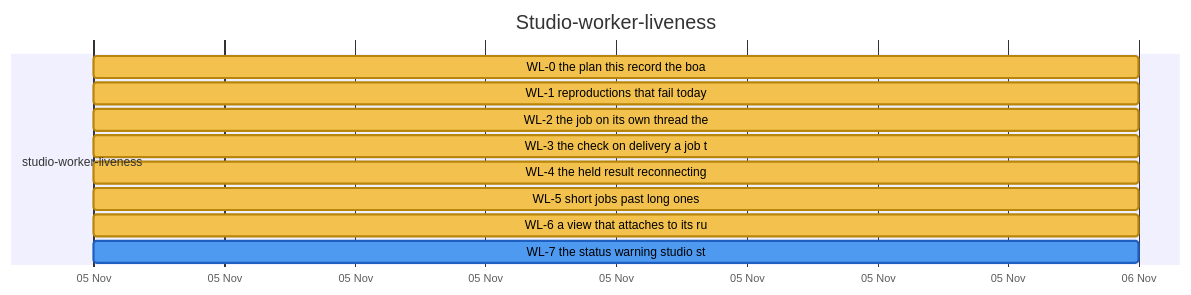
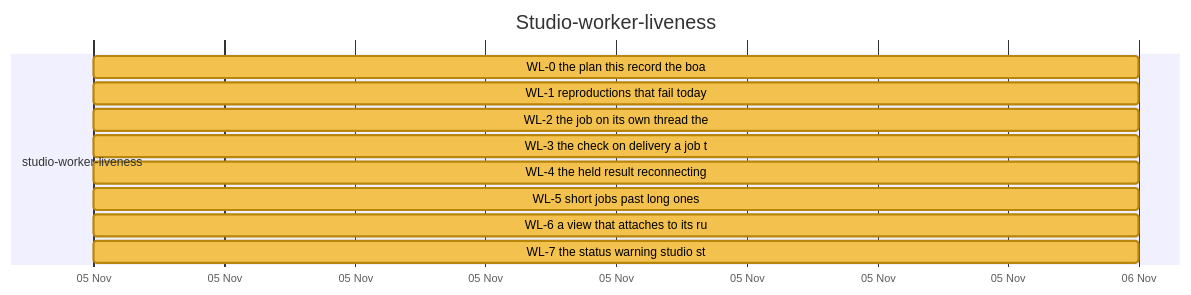
One commit to nebularis/lattice changed diagram 14 of 26 in docs/developer/ROADMAP.md. Above: the diagram before and after it, drawn with Mermaid. The commit also changed other lines of this file, not shown here.

First line of the commit message:
Update ROADMAP.md: the worker liveness unit has all eight slices built

````diff
--- a/docs/developer/ROADMAP.md
+++ b/docs/developer/ROADMAP.md
@@ -416,16 +416,16 @@
 ```mermaid
 %%{init: {"themeVariables": {"taskBkgColor": "#f2c14e", "taskBorderColor": "#b8860b", "taskTextColor": "#000000", "activeTaskBkgColor": "#4e9af1", "activeTaskBorderColor": "#1f5fbf", "activeTaskBorderColor": "#1f5fbf", "doneTaskBkgColor": "#8fcf8f", "doneTaskBorderColor": "#2f7d32", "critBkgColor": "#f28b82", "critBorderColor": "#b23a30", "taskTextDarkColor": "#000000", "taskTextLightColor": "#000000"}}}%%
 gantt
     title Studio-worker-liveness
     dateFormat YYYY-MM-DD
     axisFormat %d %b
     section studio-worker-liveness
     WL-0 the plan this record the boa :wl0, 2026-11-05, 2026-11-06
     WL-1 reproductions that fail today :wl1, 2026-11-05, 2026-11-06
     WL-2 the job on its own thread the :wl2, 2026-11-05, 2026-11-06
     WL-3 the check on delivery a job t :wl3, 2026-11-05, 2026-11-06
     WL-4 the held result reconnecting :wl4, 2026-11-05, 2026-11-06
     WL-5 short jobs past long ones :wl5, 2026-11-05, 2026-11-06
     WL-6 a view that attaches to its ru :wl6, 2026-11-05, 2026-11-06
-    WL-7 the status warning studio st :active, wl7, 2026-11-05, 2026-11-06
+    WL-7 the status warning studio st :wl7, 2026-11-05, 2026-11-06
 ```
````
